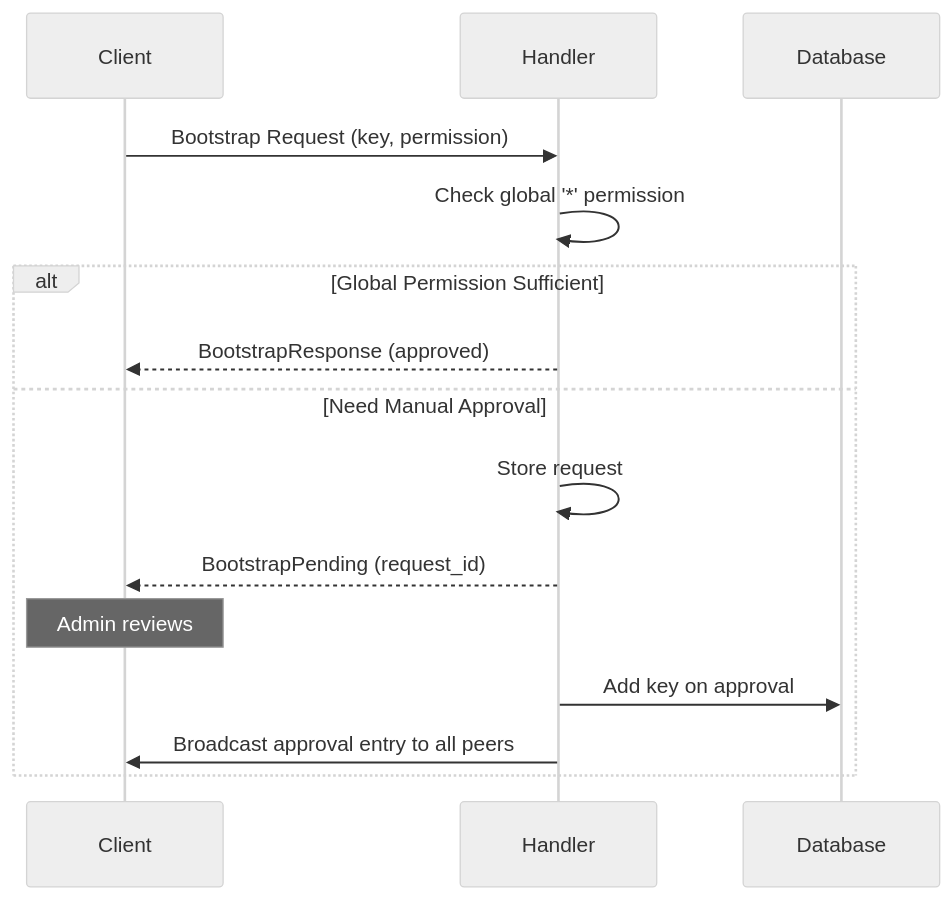
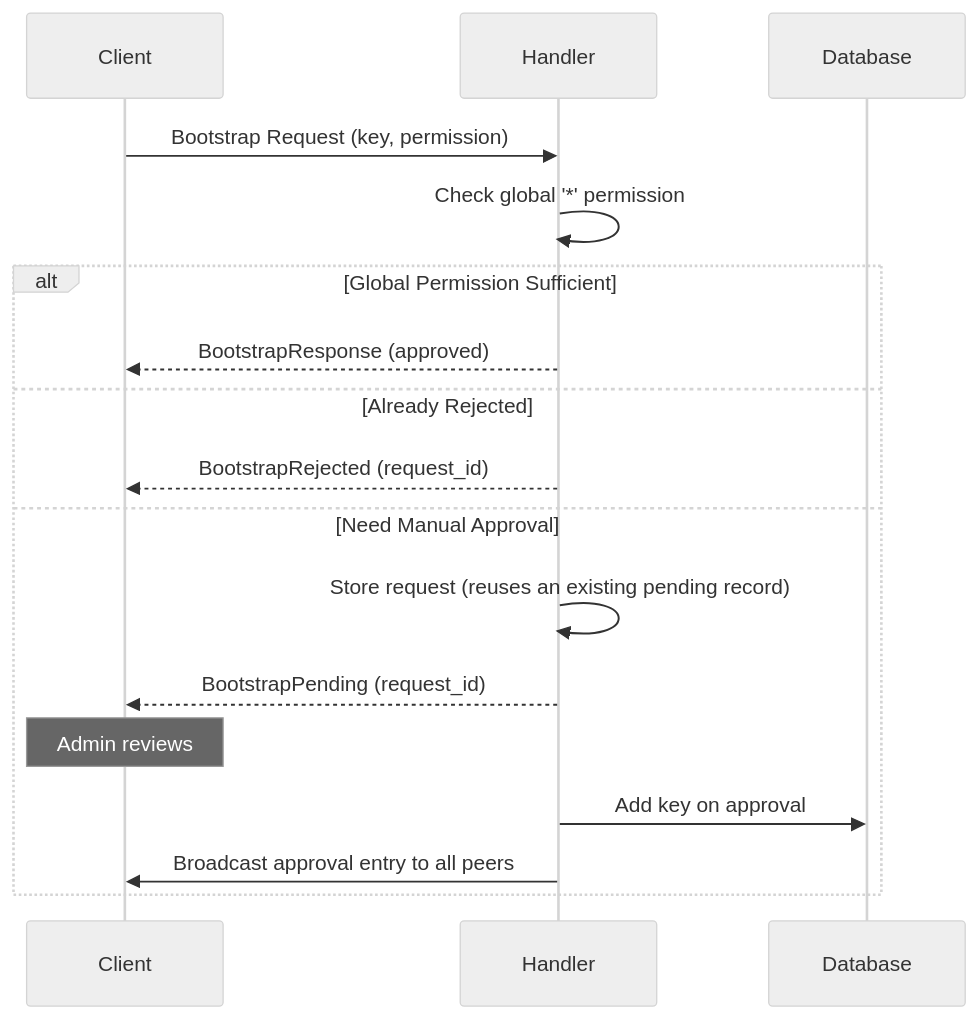
Before and after one commit to arcuru/eidetica: the diagram in docs/src/internal/bootstrap.md, drawn with Mermaid (neutral theme). The commit also changed other lines of this file and 9 other files, not shown here.

````diff
--- a/docs/src/internal/bootstrap.md
+++ b/docs/src/internal/bootstrap.md
@@ -11,19 +11,21 @@
 ```mermaid
 sequenceDiagram
     participant Client
     participant Handler
     participant Database
 
     Client->>Handler: Bootstrap Request (key, permission)
     Handler->>Handler: Check global '*' permission
 
     alt Global Permission Sufficient
         Handler-->>Client: BootstrapResponse (approved)
+    else Already Rejected
+        Handler-->>Client: BootstrapRejected (request_id)
     else Need Manual Approval
-        Handler->>Handler: Store request
+        Handler->>Handler: Store request (reuses an existing pending record)
         Handler-->>Client: BootstrapPending (request_id)
         Note over Client: Admin reviews
         Handler->>Database: Add key on approval
         Handler->>Client: Broadcast approval entry to all peers
     end
 ```
````
